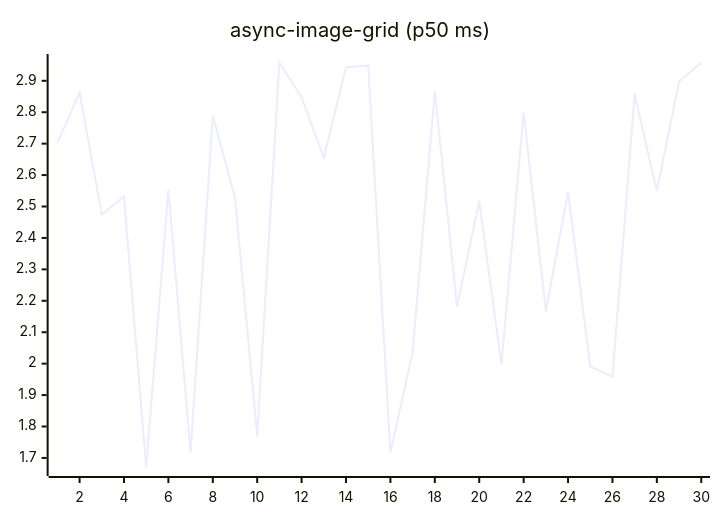
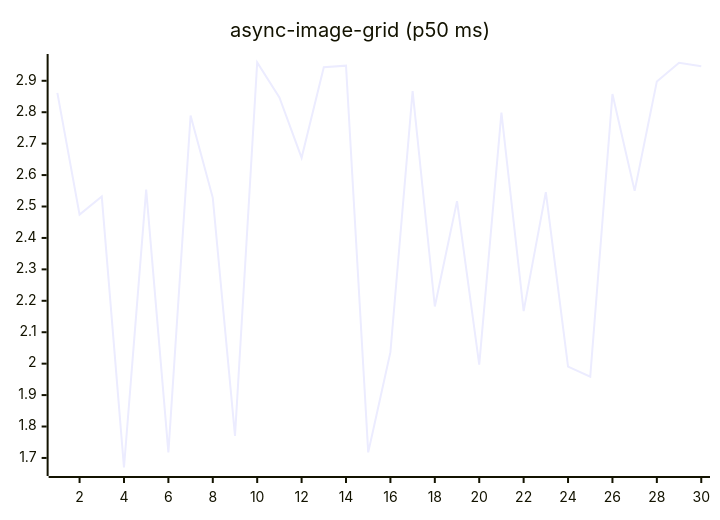
The fifth of 27 diagrams in README.md (josha/Facet), drawn with Mermaid before and after one commit. The commit also changed other lines of this file and 2 other files, not shown here.

````diff
--- a/README.md
+++ b/README.md
@@ -91,6 +91,6 @@
 ```mermaid
 xychart-beta
     title "async-image-grid (p50 ms)"
     x-axis 1 --> 30
-    line [2.7026, 2.8617, 2.4742, 2.5316, 1.6696, 2.5539, 1.7175, 2.7892, 2.5277, 1.7701, 2.9582, 2.8471, 2.6552, 2.9433, 2.9481, 1.7177, 2.0365, 2.8674, 2.1819, 2.5171, 1.9970, 2.7988, 2.1671, 2.5459, 1.9906, 1.9586, 2.8577, 2.5497, 2.8980, 2.9576]
+    line [2.8617, 2.4742, 2.5316, 1.6696, 2.5539, 1.7175, 2.7892, 2.5277, 1.7701, 2.9582, 2.8471, 2.6552, 2.9433, 2.9481, 1.7177, 2.0365, 2.8674, 2.1819, 2.5171, 1.9970, 2.7988, 2.1671, 2.5459, 1.9906, 1.9586, 2.8577, 2.5497, 2.8980, 2.9576, 2.9463]
 ```
````
